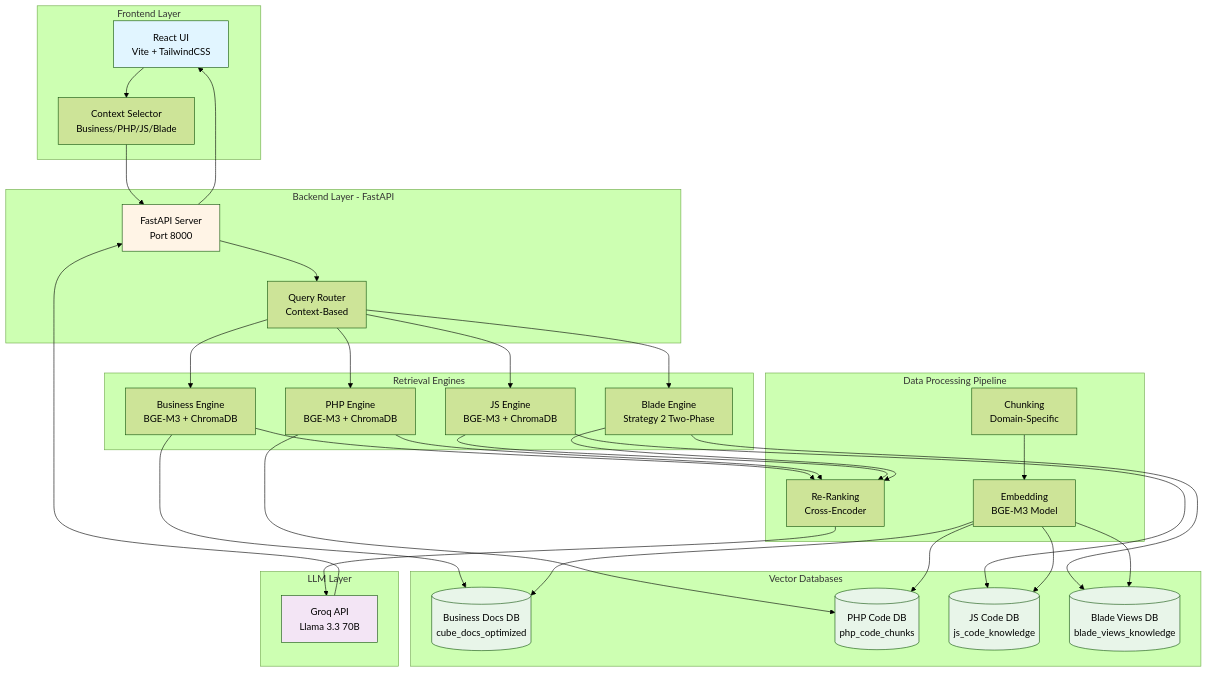
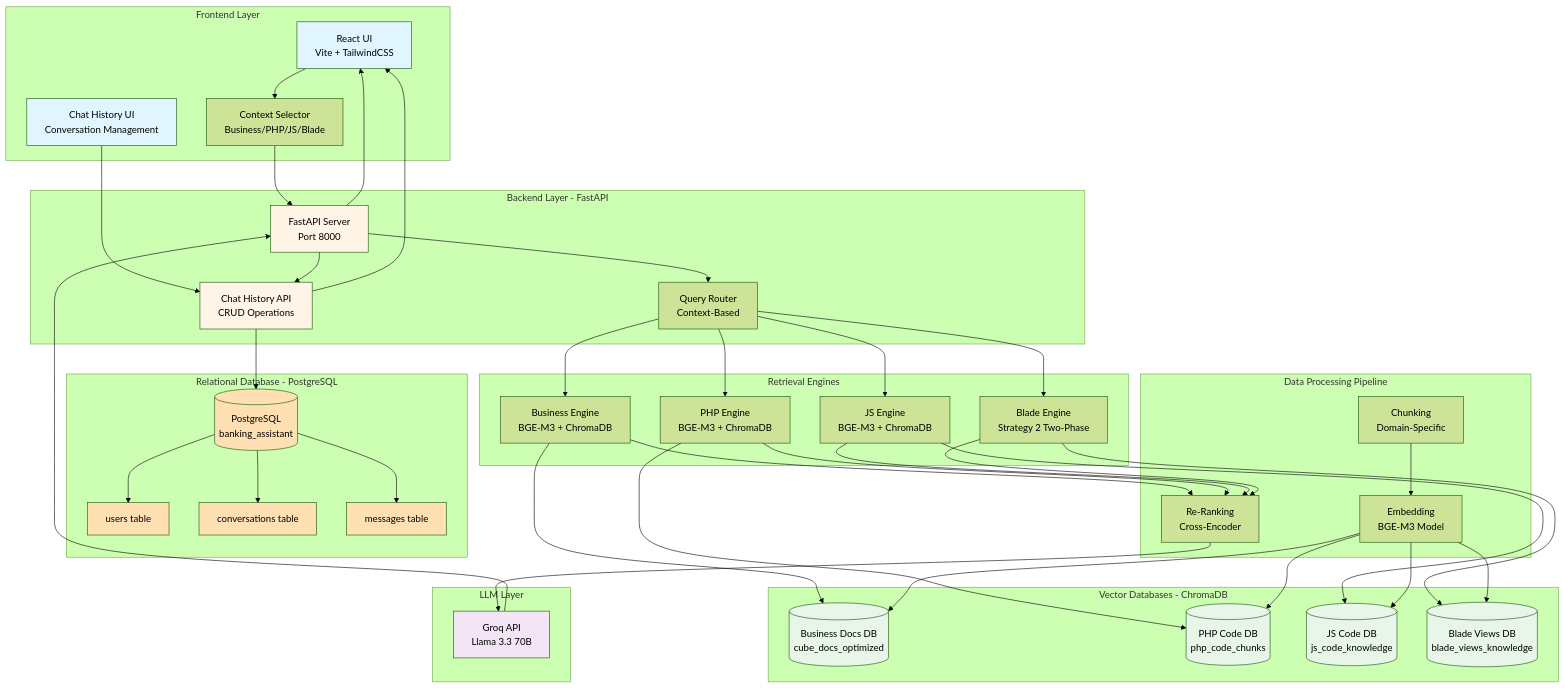
One commit to yash-ganatra/Banking-knowledgeAssistance changed the first of 13 diagrams in README.md. Above: the diagram before and after it, drawn with Mermaid (forest theme). The commit also changed other lines of this file, not shown here.

````diff
--- a/README.md
+++ b/README.md
@@ -77,11 +77,13 @@
     subgraph "Frontend Layer"
         UI[React UI<br/>Vite + TailwindCSS]
         CTX[Context Selector<br/>Business/PHP/JS/Blade]
+        CHAT[Chat History UI<br/>Conversation Management]
     end
     
     subgraph "Backend Layer - FastAPI"
         API[FastAPI Server<br/>Port 8000]
         RT[Query Router<br/>Context-Based]
+        CHATAPI[Chat History API<br/>CRUD Operations]
     end
     
     subgraph "Retrieval Engines"
@@ -91,11 +93,18 @@
         BLE[Blade Engine<br/>Strategy 2 Two-Phase]
     end
     
-    subgraph "Vector Databases"
+    subgraph "Vector Databases - ChromaDB"
         VDB1[(Business Docs DB<br/>cube_docs_optimized)]
         VDB2[(PHP Code DB<br/>php_code_chunks)]
         VDB3[(JS Code DB<br/>js_code_knowledge)]
         VDB4[(Blade Views DB<br/>blade_views_knowledge)]
+    end
+    
+    subgraph "Relational Database - PostgreSQL"
+        PGDB[(PostgreSQL<br/>banking_assistant)]
+        USERS[users table]
+        CONVS[conversations table]
+        MSGS[messages table]
     end
     
     subgraph "LLM Layer"
@@ -109,8 +118,10 @@
     end
     
     UI --> CTX
+    CHAT --> CHATAPI
     CTX --> API
     API --> RT
+    CHATAPI --> PGDB
     
     RT --> BE
     RT --> PE
@@ -129,7 +140,13 @@
     
     RR --> LLM
     LLM --> API
+    API --> CHATAPI
+    CHATAPI --> UI
     API --> UI
+    
+    PGDB --> USERS
+    PGDB --> CONVS
+    PGDB --> MSGS
     
     CH --> EMB
     EMB --> VDB1
@@ -138,10 +155,16 @@
     EMB --> VDB4
     
     style UI fill:#e1f5ff
+    style CHAT fill:#e1f5ff
     style API fill:#fff4e6
+    style CHATAPI fill:#fff4e6
     style LLM fill:#f3e5f5
     style VDB1 fill:#e8f5e9
     style VDB2 fill:#e8f5e9
     style VDB3 fill:#e8f5e9
     style VDB4 fill:#e8f5e9
+    style PGDB fill:#ffe0b2
+    style USERS fill:#ffe0b2
+    style CONVS fill:#ffe0b2
+    style MSGS fill:#ffe0b2
 ```
````
